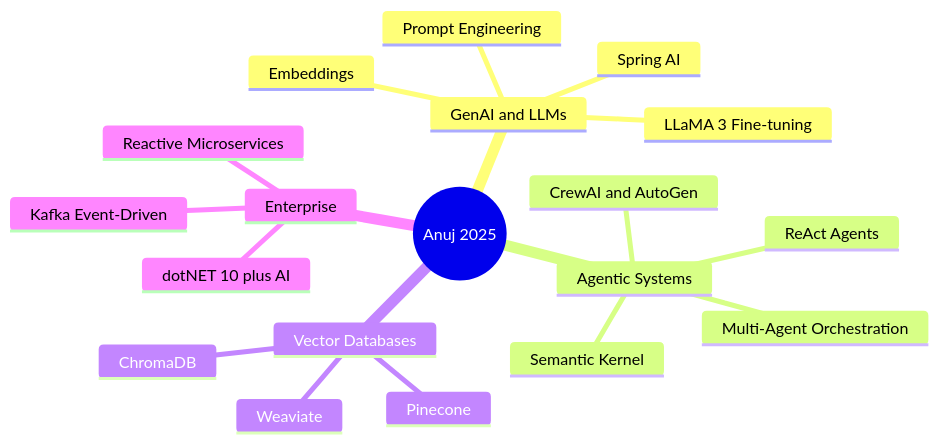
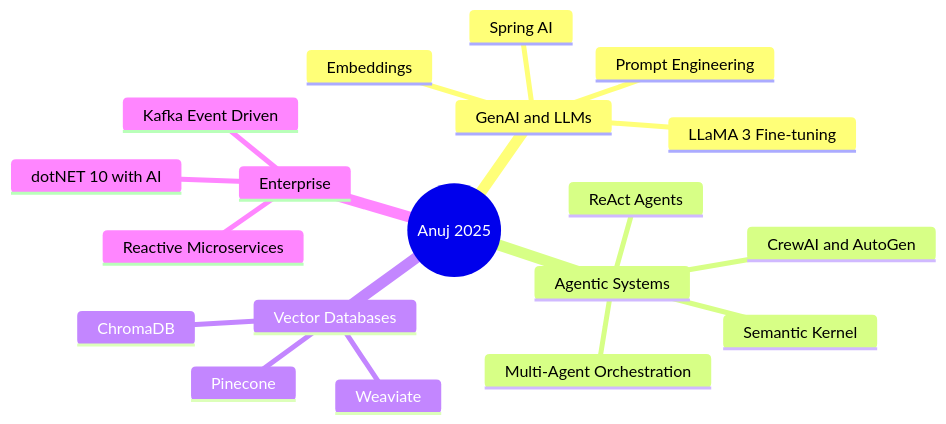
The diagram in README.md (veenuj/veenuj), drawn with Mermaid before and after one commit. The commit also changed other lines of this file, not shown here.

````diff
--- a/README.md
+++ b/README.md
@@ -275,22 +150,22 @@
 ```mermaid
 mindmap
   root((Anuj 2025))
     GenAI and LLMs
       LLaMA 3 Fine-tuning
       Prompt Engineering
       Embeddings
       Spring AI
     Agentic Systems
       Multi-Agent Orchestration
       CrewAI and AutoGen
       ReAct Agents
       Semantic Kernel
     Vector Databases
       Pinecone
       ChromaDB
       Weaviate
     Enterprise
       Reactive Microservices
-      Kafka Event-Driven
-      dotNET 10 plus AI
+      Kafka Event Driven
+      dotNET 10 with AI
 ```
````
